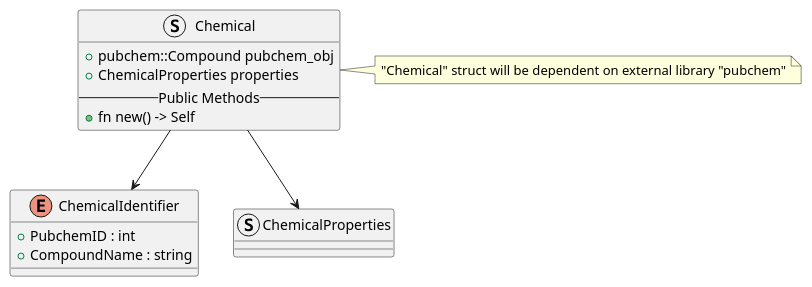
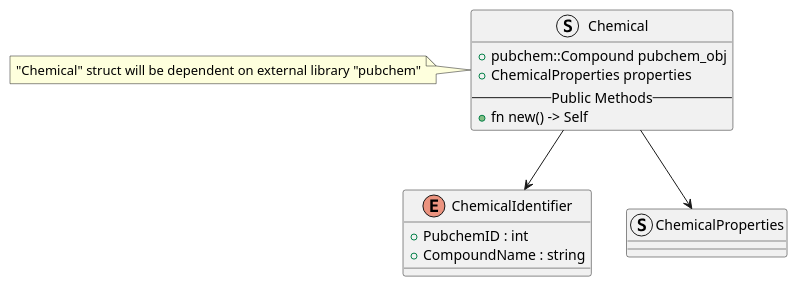
Before and after one commit to OSCPS-Project/OSCPS-UML: the diagram in properties-module/properties-module.puml, drawn with PlantUML. The commit also changed 4 other files, not shown here.

Commit message:
continuing to added the function and property information to the UML diagrams

```diff
--- a/properties-module/properties-module.puml
+++ b/properties-module/properties-module.puml
@@ -1,25 +1,25 @@
 @startuml properties_module_class_diagram
     
 enum ChemicalIdentifier {
     + PubchemID : int
     + CompoundName : string
 }
 
 Struct Chemical {
     + pubchem::Compound pubchem_obj
     + ChemicalProperties properties
     --Public Methods--
     + fn new() -> Self
 }
 
-note right of Chemical
+note left of Chemical
   "Chemical" struct will be dependent on external library "pubchem"
 end note
 
 
 Struct ChemicalProperties {}
 
 Chemical --> ChemicalProperties
 Chemical --> ChemicalIdentifier
 
 @enduml
```
